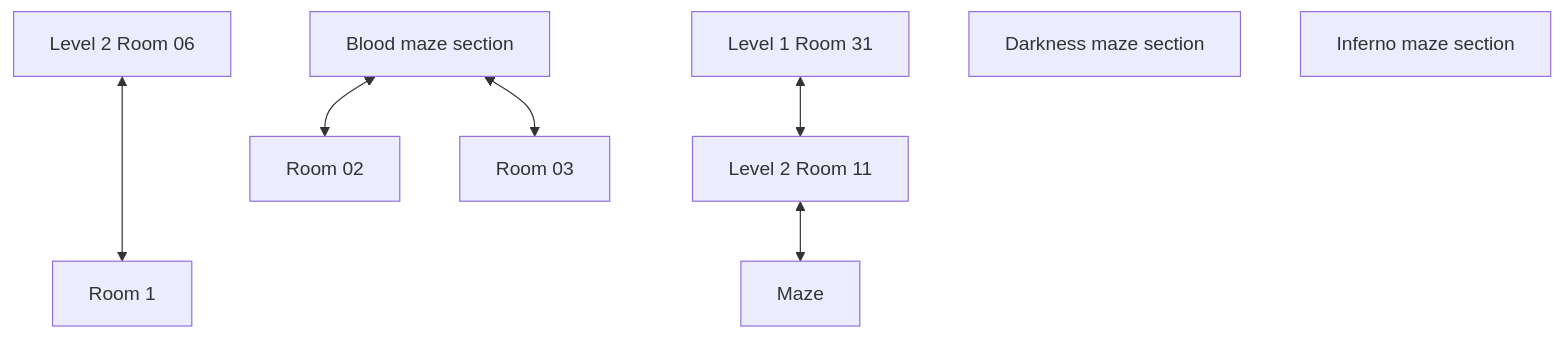
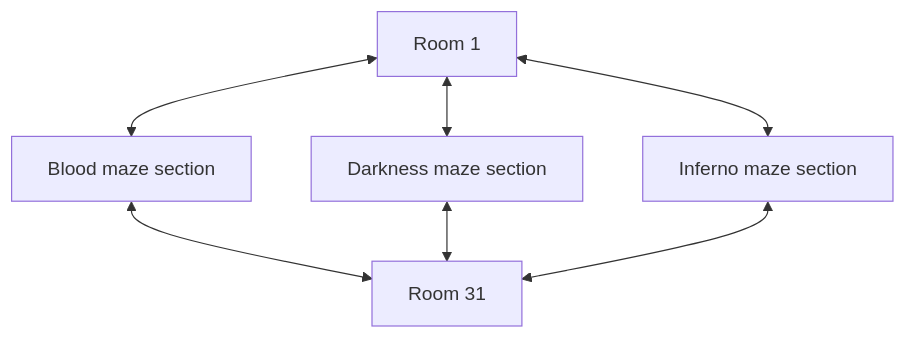
Before and after one commit to SlothBorg/Dungeon23: the second of 3 diagrams in Dungeon/Level_03/README.md, drawn with Mermaid. The commit also changed other lines of this file and 4 other files, not shown here.

````diff
--- a/Dungeon/Level_03/README.md
+++ b/Dungeon/Level_03/README.md
@@ -5,11 +15,6 @@
 ```mermaid
 flowchart TD
-    B06[Level 2 Room 06] <---> C1[Room 1]
-    A31[Level 1 Room 31] <--> B11[Level 2 Room 11] <--> Maze
-    Blood[Blood maze section] <-->C2[Room 02]
-    Blood <--> C3[Room 03]
-    
-    Darkness[Darkness maze section]
-    
-    Inferno[Inferno maze section]
+    C1[Room 1] <--> Blood[Blood maze section] <--> C31[Room 31]
+    C1[Room 1] <--> Darkness[Darkness maze section] <--> C31
+    C1[Room 1] <--> Inferno[Inferno maze section] <--> C31
 ```
````
